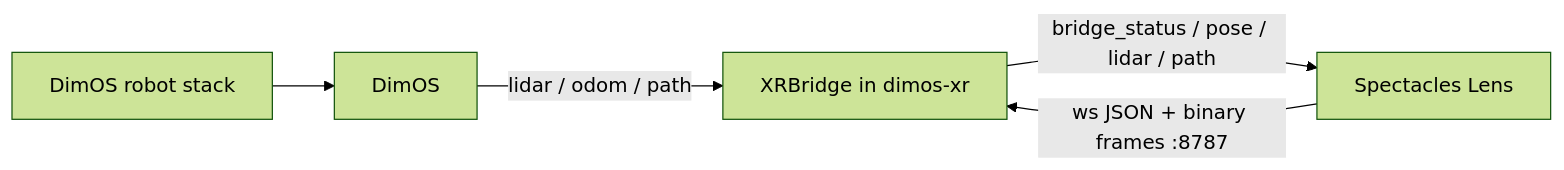
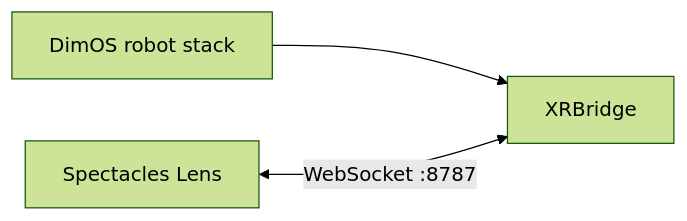
The first of 3 diagrams in README.md (V4C38/spectacles-dimensional-os), drawn with Mermaid (forest theme) before and after one commit. The commit also changed other lines of this file and 1 other file, not shown here.

````diff
--- a/README.md
+++ b/README.md
@@ -20,7 +20,5 @@
 ```mermaid
 flowchart LR
-  RobotStack[DimOS robot stack] --> DimOS[DimOS]
-  DimOS -->|"lidar / odom / path"| XRBridge[XRBridge in dimos-xr]
-  Spectacles[Spectacles Lens] -->|"ws JSON + binary frames :8787"| XRBridge
-  XRBridge -->|"bridge_status / pose / lidar / path"| Spectacles
+  DimOS[DimOS robot stack] --> Bridge[XRBridge]
+  Lens[Spectacles Lens] <-->|"WebSocket :8787"| Bridge
 ```
````
